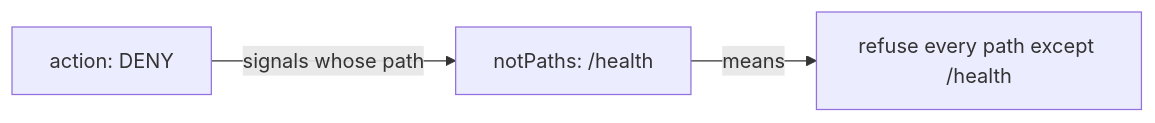
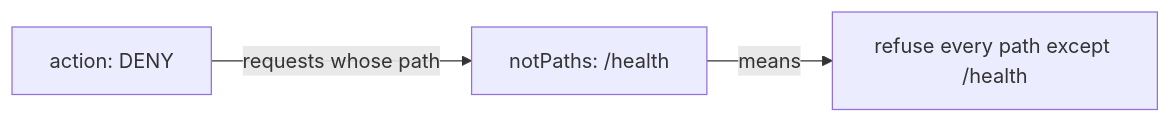
One commit to astrona-io/ATS015 changed the diagram in sections/section-020/module-02/course-05-say-it-out-loud-negative-fields.md. Above: the diagram before and after it, drawn with Mermaid. The commit also changed other lines of this file and 40 other files, not shown here.

````diff
--- a/sections/section-020/module-02/course-05-say-it-out-loud-negative-fields.md
+++ b/sections/section-020/module-02/course-05-say-it-out-loud-negative-fields.md
@@ -75,5 +75,5 @@
 ```mermaid
 flowchart LR
-    A["action: DENY"] -->|"signals whose path"| B["notPaths: /health"]
+    A["action: DENY"] -->|"requests whose path"| B["notPaths: /health"]
     B -->|"means"| C["refuse every path except /health"]
 ```
````
